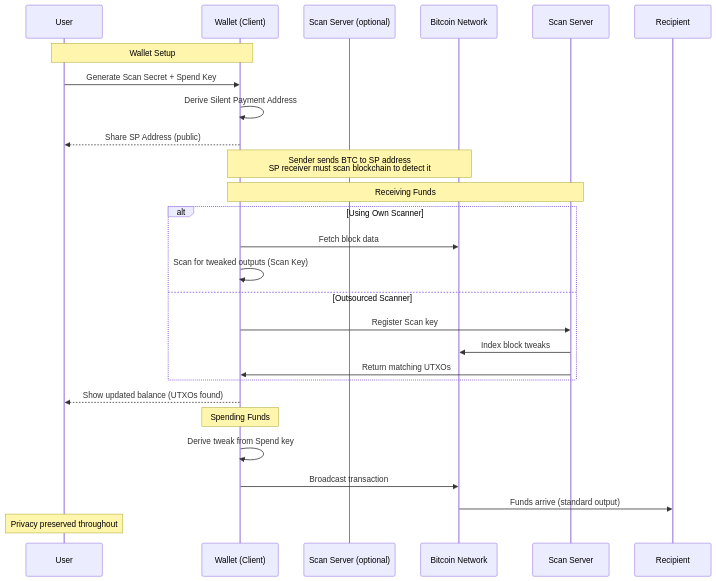
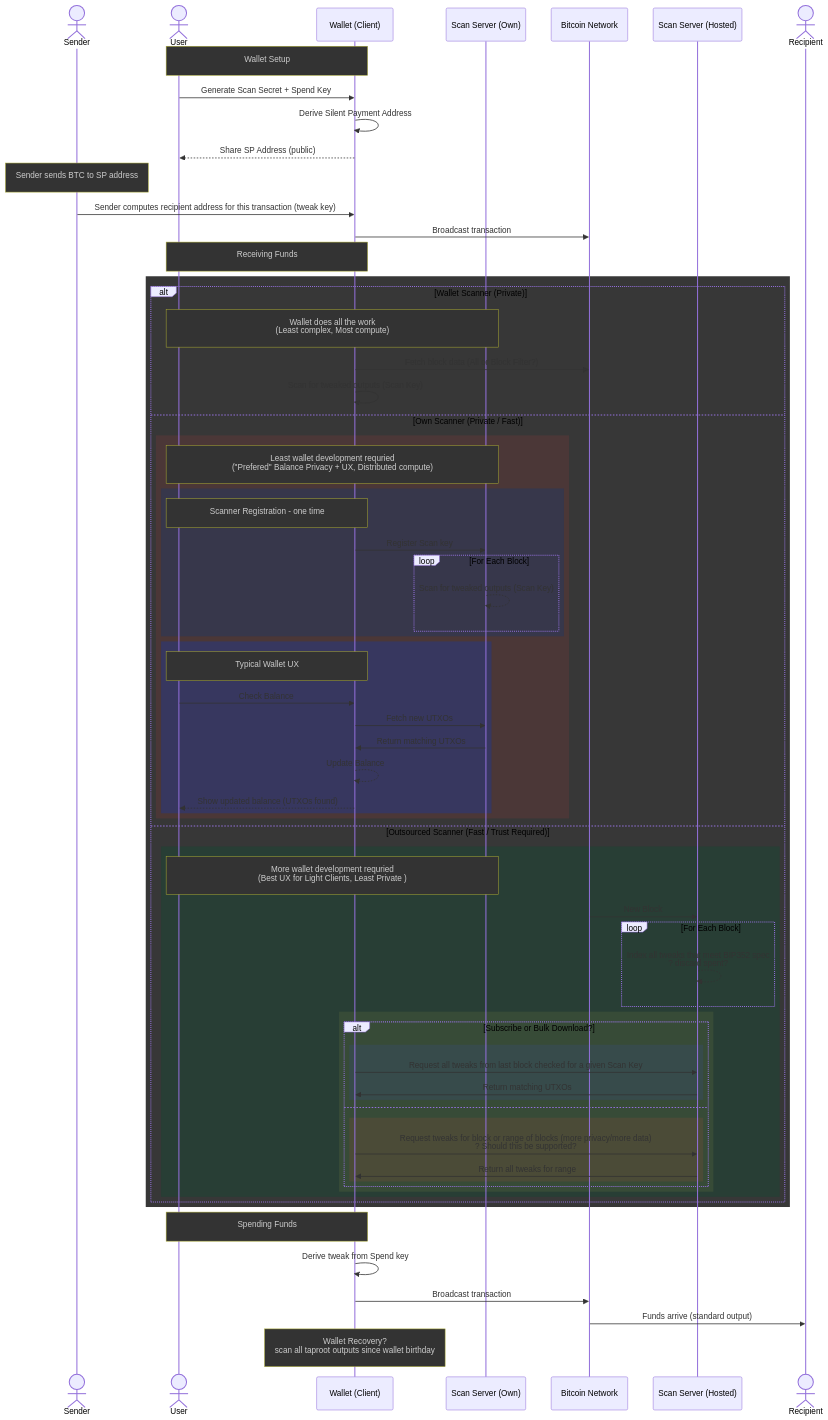
The diagram in diagrams/wallet_ux.mmd (macgyver13/silent-payments-hub), drawn with Mermaid before and after one commit.

Commit message:
update wallet workflows

```diff
--- a/diagrams/wallet_ux.mmd
+++ b/diagrams/wallet_ux.mmd
@@ -1,32 +1,89 @@
+---
+config:
+  diagramMarginY: 100
+  noteMargin: 20
+  noteAlign: center
+  mirrorActors: true
+---
+%%{init: {'themeVariables': {
+  'noteBkgColor':'#333',
+  'noteTextColor': '#cccccc',
+  'fontSize': '30px',
+  'noteFontSize': '30px',
+  'fontFamily': 'verdana'
+}}}%%
+
 sequenceDiagram
-  participant User
-  participant Wallet (Client)
-  participant Scan Server (optional)
-  participant Bitcoin Network
+%% autonumber
+  actor Sender
+  actor User
+  participant Wallet as Wallet (Client)
+  participant MyScanServer as Scan Server (Own)
+  participant Bitcoin as Bitcoin Network
+  participant HostedScanServer as Scan Server (Hosted)
+  actor Recipient
 
-  Note over User, Wallet (Client): Wallet Setup
-  User->>Wallet (Client): Generate Scan Secret + Spend Key
-  Wallet (Client)->>Wallet (Client): Derive Silent Payment Address
-  Wallet (Client)-->>User: Share SP Address (public)
+  Note over User, Wallet: Wallet Setup
+  User->>Wallet: Generate Scan Secret + Spend Key
+  Wallet->>Wallet: Derive Silent Payment Address
+  Wallet-->>User: Share SP Address (public)
 
-  Note over Bitcoin Network, Wallet (Client): Sender sends BTC to SP address<br>SP receiver must scan blockchain to detect it
-
-  Note over Wallet (Client), Scan Server: Receiving Funds
-  alt Using Own Scanner
-    Wallet (Client)->>Bitcoin Network: Fetch block data
-    Wallet (Client)->>Wallet (Client): Scan for tweaked outputs (Scan Key)
-  else Outsourced Scanner
-    Wallet (Client)->>Scan Server: Register Scan key
-    Scan Server->>Bitcoin Network: Index block tweaks
-    Scan Server->>Wallet (Client): Return matching UTXOs
+  Note over Sender: Sender sends BTC to SP address
+  Sender->>Wallet: Sender computes recipient address for this transaction (tweak key)
+  Wallet->>Bitcoin: Broadcast transaction
+  
+  Note over User, Wallet: Receiving Funds
+  rect rgb(55,55,55)
+  alt Wallet Scanner (Private)
+  Note over User, MyScanServer: Wallet does all the work <br>(Least complex, Most compute)
+    Wallet->>Bitcoin: Fetch block data (All or Block Filter?)
+    Wallet->>Wallet: Scan for tweaked outputs (Scan Key)
+  else Own Scanner (Private / Fast)  
+    rect rgb(75,55,55)
+      Note over User, MyScanServer: Least wallet development requried <br> ("Prefered" Balance Privacy + UX, Distributed compute)
+      rect rgb(55,55,75)
+        Note over User, Wallet: Scanner Registration - one time
+        Wallet->>MyScanServer: Register Scan key
+        loop For Each Block
+          MyScanServer-->>MyScanServer: Scan for tweaked outputs (Scan Key)
+        end
+      end
+      rect rgb(55,55,95)
+        Note over User, Wallet: Typical Wallet UX
+        User->>Wallet: Check Balance
+        Wallet->>MyScanServer: Fetch new UTXOs
+        MyScanServer->>Wallet: Return matching UTXOs
+        Wallet-->>Wallet: Update Balance
+        Wallet-->>User: Show updated balance (UTXOs found)
+      end
+    end
+  else Outsourced Scanner (Fast / Trust Required)
+    rect rgb(40, 62, 53)
+      Note over User, MyScanServer: More wallet development requried <br> (Best UX for Light Clients, Least Private )
+      Bitcoin->>HostedScanServer: New Block
+      loop For Each Block
+        HostedScanServer-->>HostedScanServer: Index all tweaks that meet BIP352 spec <br> ? discard spent?
+      end
+      rect rgb(55,75,55)
+        alt Subscribe or Bulk Download?
+          rect rgb(55,75,75)
+            Wallet->>HostedScanServer: Request all tweaks from last block checked for a given Scan Key
+            HostedScanServer->>Wallet: Return matching UTXOs
+          end
+        else
+          rect rgb(75,75,55)
+            Wallet->>HostedScanServer: Request tweaks for block or range of blocks (more privacy/more data) <br> ? Should this be supported?
+            HostedScanServer->>Wallet: Return all tweaks for range
+          end
+        end
+      end
+    end
+  end
   end
 
-  Wallet (Client)-->>User: Show updated balance (UTXOs found)
+  Note over User, Wallet: Spending Funds
+  Wallet->>Wallet: Derive tweak from Spend key
+  Wallet->>Bitcoin: Broadcast transaction
+  Bitcoin->>Recipient: Funds arrive (standard output)
 
-  Note over Wallet (Client): Spending Funds
-  Wallet (Client)->>Wallet (Client): Derive tweak from Spend key
-  Wallet (Client)->>Bitcoin Network: Broadcast transaction
-
-  Bitcoin Network->>Recipient: Funds arrive (standard output)
-
-  Note over User: Privacy preserved throughout
+Note over Wallet: Wallet Recovery? <br> scan all taproot outputs since wallet birthday
```
